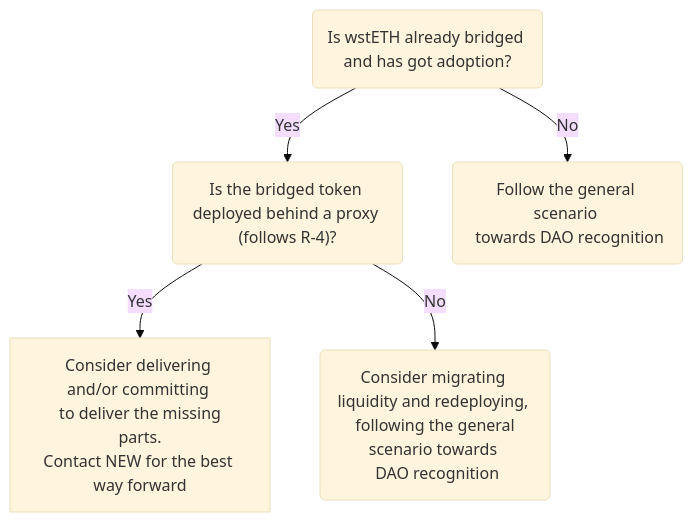
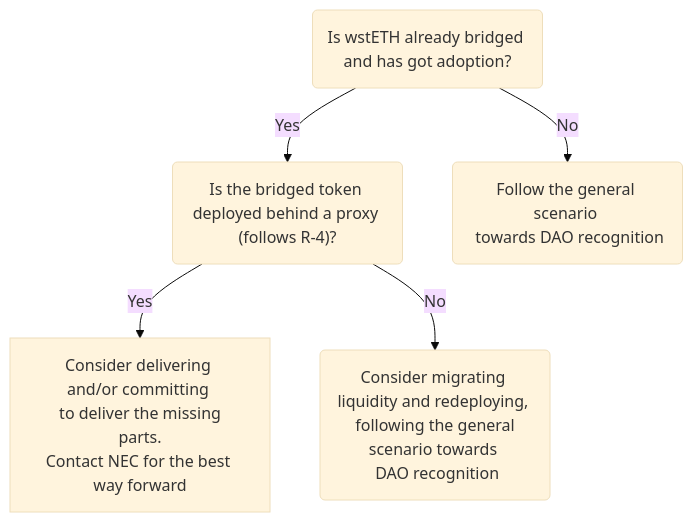
One commit to lidofinance/docs changed the diagram in docs/token-guides/wsteth-bridging-guide.md. Above: the diagram before and after it, drawn with Mermaid (base theme). The commit also changed other lines of this file, not shown here.

Commit message:
feat: NEW -> NEC

````diff
--- a/docs/token-guides/wsteth-bridging-guide.md
+++ b/docs/token-guides/wsteth-bridging-guide.md
@@ -96,13 +96,13 @@
 ```mermaid
 graph TD;
   A("Is wstETH already bridged and has got adoption?")
   B("Is the bridged token deployed behind a proxy (follows R-4)?")
   C("Follow the general scenario <br> towards DAO recognition")
   D("Consider migrating liquidity and redeploying, <br> following the general scenario towards <br> DAO recognition")
-  F["Consider delivering and/or committing <br> to deliver the missing parts.<br>Contact NEW for the best way forward"]
+  F["Consider delivering and/or committing <br> to deliver the missing parts.<br>Contact NEC for the best way forward"]
 
   A-- Yes -->B
   B-- Yes -->F
   A-- No -->C
   B-- No -->D
 ```
````
